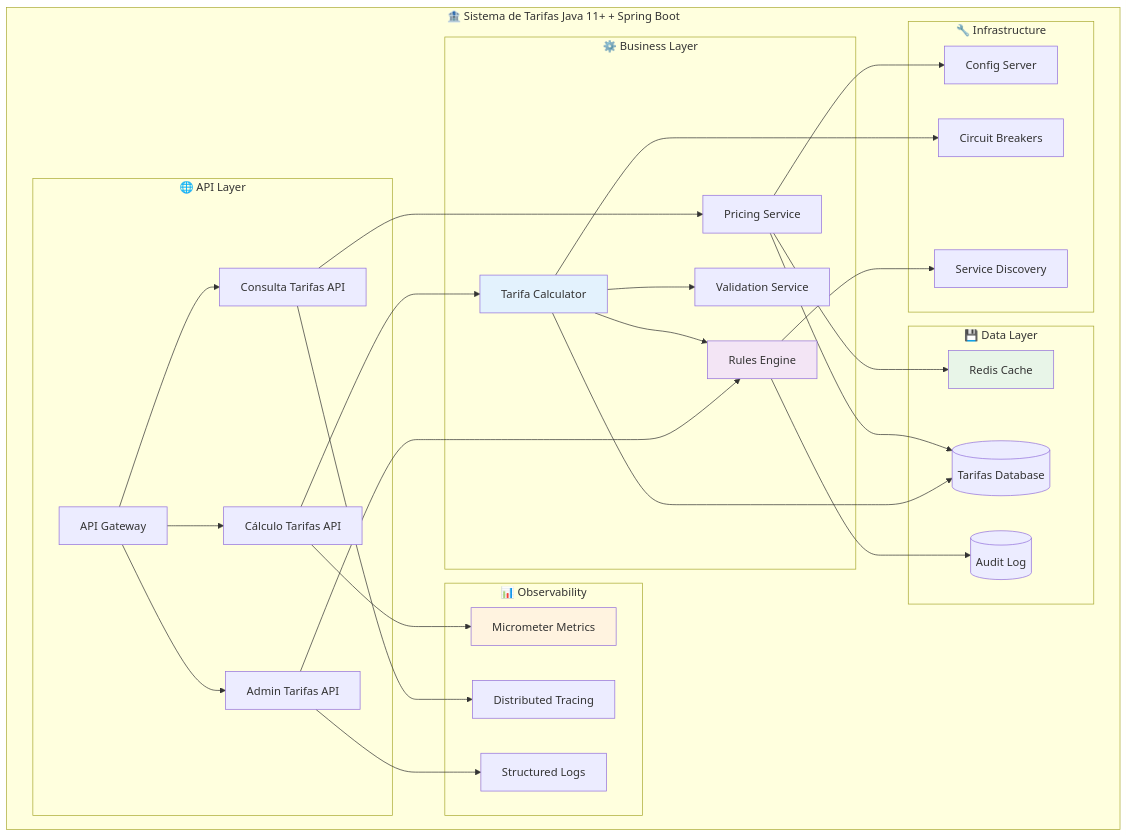
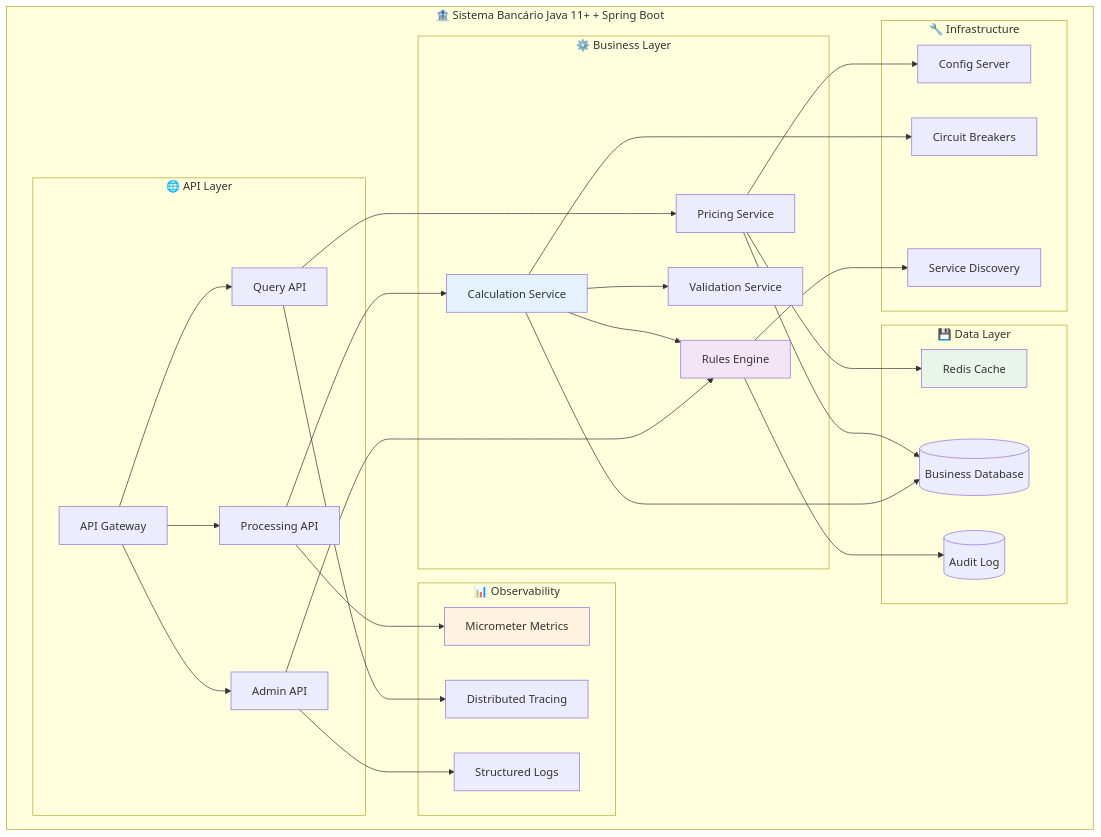
The diagram in src/content/blog/java11-spring-boot-sistema-tarifas.md (rafaelsdiasdev/rafaelsdias.dev), drawn with Mermaid before and after one commit. The commit also changed other lines of this file, not shown here.

First line of the commit message:
refactor: torna linguagem mais natural no post Java 11+ Spring Boot

````diff
--- a/src/content/blog/java11-spring-boot-sistema-tarifas.md
+++ b/src/content/blog/java11-spring-boot-sistema-tarifas.md
@@ -99,65 +99,65 @@
 ```mermaid
 flowchart TB
-    subgraph "🏦 Sistema de Tarifas Java 11+ + Spring Boot"
+    subgraph "🏦 Sistema Bancário Java 11+ + Spring Boot"
         subgraph "🌐 API Layer"
             GATEWAY[API Gateway]
-            CALC_API[Cálculo Tarifas API]
-            QUERY_API[Consulta Tarifas API]
-            ADMIN_API[Admin Tarifas API]
+            CALC_API[Processing API]
+            QUERY_API[Query API]
+            ADMIN_API[Admin API]
         end
         
         subgraph "⚙️ Business Layer"
-            CALC_SERVICE[Tarifa Calculator]
+            CALC_SERVICE[Calculation Service]
             RULES_ENGINE[Rules Engine]
             PRICING_SERVICE[Pricing Service]
             VALIDATION[Validation Service]
         end
         
         subgraph "💾 Data Layer"
-            TARIFA_DB[(Tarifas Database)]
+            BUSINESS_DB[(Business Database)]
             CACHE[Redis Cache]
             AUDIT_LOG[(Audit Log)]
         end
         
         subgraph "📊 Observability"
             METRICS[Micrometer Metrics]
             TRACING[Distributed Tracing]
             LOGS[Structured Logs]
         end
         
         subgraph "🔧 Infrastructure"
             CONFIG[Config Server]
             DISCOVERY[Service Discovery]
             CIRCUIT_BREAKER[Circuit Breakers]
         end
     end
     
     GATEWAY --> CALC_API
     GATEWAY --> QUERY_API
     GATEWAY --> ADMIN_API
     
     CALC_API --> CALC_SERVICE
     QUERY_API --> PRICING_SERVICE
     ADMIN_API --> RULES_ENGINE
     
     CALC_SERVICE --> RULES_ENGINE
     CALC_SERVICE --> VALIDATION
     PRICING_SERVICE --> CACHE
     
-    CALC_SERVICE --> TARIFA_DB
-    PRICING_SERVICE --> TARIFA_DB
+    CALC_SERVICE --> BUSINESS_DB
+    PRICING_SERVICE --> BUSINESS_DB
     RULES_ENGINE --> AUDIT_LOG
     
     CALC_API --> METRICS
     QUERY_API --> TRACING
     ADMIN_API --> LOGS
     
     CALC_SERVICE --> CIRCUIT_BREAKER
     PRICING_SERVICE --> CONFIG
     RULES_ENGINE --> DISCOVERY
     
     style CALC_SERVICE fill:#e3f2fd
     style RULES_ENGINE fill:#f3e5f5
     style CACHE fill:#e8f5e8
     style METRICS fill:#fff3e0
 ```
````
